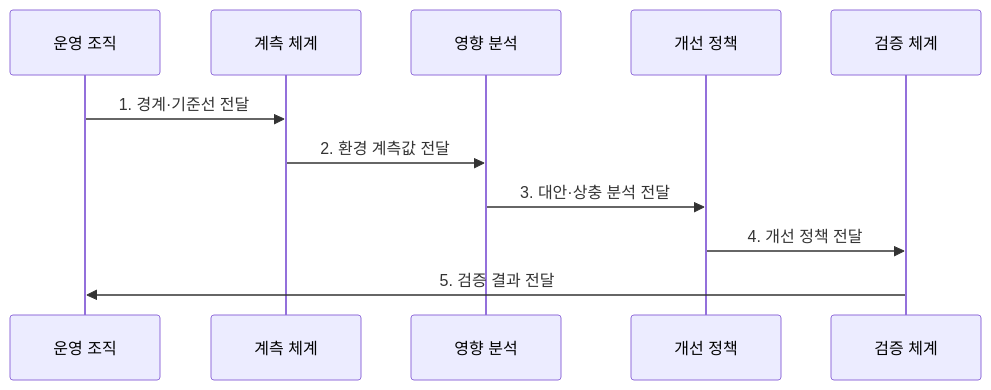
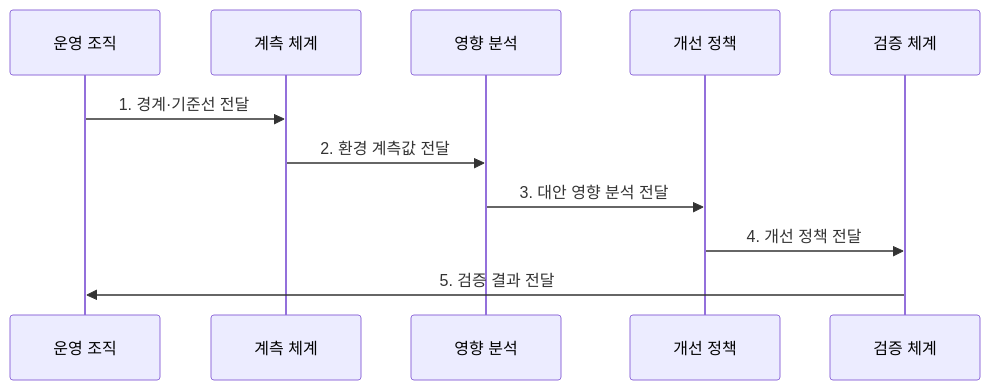
One commit to agnusdei1207/knowledge-base changed the second of 2 diagrams in src/content/docs/notes/08-latest-tech/197_green_data_center.md. Above: the diagram before and after it, drawn with Mermaid. The commit also changed other lines of this file and 15 other files, not shown here.

````diff
--- a/src/content/docs/notes/08-latest-tech/197_green_data_center.md
+++ b/src/content/docs/notes/08-latest-tech/197_green_data_center.md
@@ -75,13 +75,13 @@
 ```mermaid
 sequenceDiagram
   participant O as 운영 조직
   participant M as 계측 체계
   participant A as 영향 분석
   participant P as 개선 정책
   participant V as 검증 체계
   O->>M: 1. 경계·기준선 전달
   M->>A: 2. 환경 계측값 전달
-  A->>P: 3. 대안·상충 분석 전달
+  A->>P: 3. 대안 영향 분석 전달
   P->>V: 4. 개선 정책 전달
   V->>O: 5. 검증 결과 전달
 ```
````
